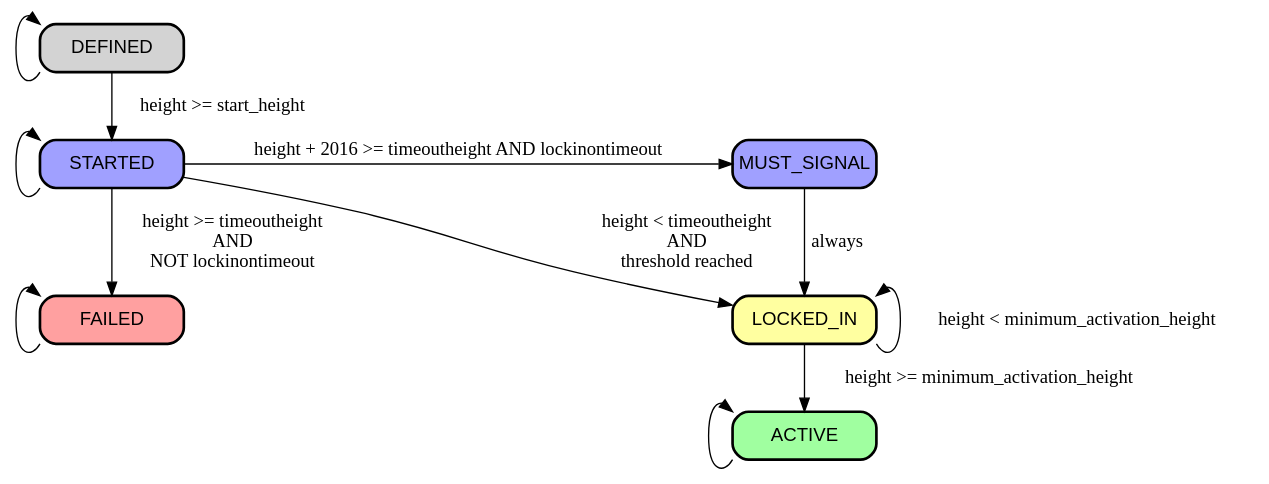
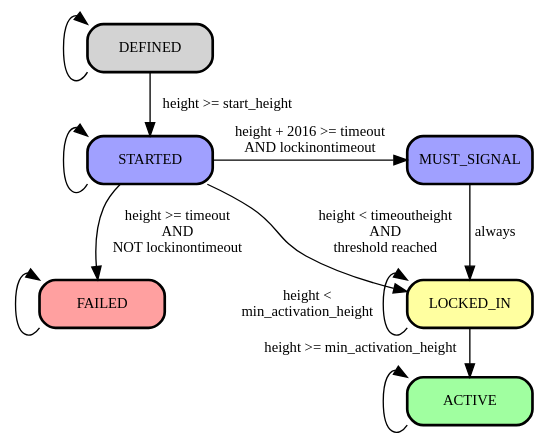
Before and after one commit to Sjors/nado-book: the diagram in taproot/bip8.dot, drawn with Graphviz. The commit also changed 14 other files, not shown here.

```diff
--- a/taproot/bip8.dot
+++ b/taproot/bip8.dot
@@ -1,33 +1,39 @@
 digraph {
   rankdir=TD;
 
-  node [style="rounded,filled,bold", shape=box, fixedsize=true, width=1.5, fontname="Arial"];
+  node [fontname="lmtt", fontsize=11, fixedsize=true, width=1.3, shape=box, style="rounded,filled,bold"];
+
+  edge [fontname="lmtt", fontsize=11];
 
   edge [weight = 100];
-  "DEFINED" -> "STARTED" [label="height >= start_height"];
-  "STARTED" -> "MUST_SIGNAL" [label="height + 2016 >= timeoutheight AND lockinontimeout"];
-  "STARTED" -> "FAILED" [label="height >= timeoutheight\nAND\nNOT lockinontimeout"];
-  "LOCKED_IN" -> "ACTIVE" [label="height >= minimum_activation_height"];
-  "LOCKED_IN":se -> "LOCKED_IN":ne [label="height < minimum_activation_height"];
-  "MUST_SIGNAL" -> "LOCKED_IN" [label="always"];
+  "DEFINED" -> "STARTED" [label=" height >= start_height"];
+  "STARTED" -> "MUST_SIGNAL" [label="height + 2016 >= timeout\nAND lockinontimeout"];
+  "STARTED" -> "FAILED" [label=" height >= timeout\nAND\nNOT lockinontimeout"];
+  "LOCKED_IN" -> "ACTIVE" [
+    headlabel="height >= min_activation_height"
+    labeldistance=8.5
+    labelangle=75
+  ];
+  "MUST_SIGNAL" -> "LOCKED_IN" [label=" always"];
 
   edge [weight = 1];
   "STARTED" -> "LOCKED_IN" [label="height < timeoutheight\nAND\nthreshold reached"];
+  "LOCKED_IN":sw -> "LOCKED_IN":nw [label="height <\nmin_activation_height"];
 
   "FAILED" -> "LOCKED_IN" [style=invis];
 
   "DEFINED":sw -> "DEFINED":nw;
   "STARTED":sw -> "STARTED":nw;
   "ACTIVE":sw -> "ACTIVE":nw;
   "FAILED":sw -> "FAILED":nw;
 
   "STARTED" [fillcolor="#a0a0ff"];
   "MUST_SIGNAL" [fillcolor="#a0a0ff"];
   "LOCKED_IN" [fillcolor="#ffffa0"];
   "ACTIVE" [fillcolor="#a0ffa0"];
   "FAILED" [fillcolor="#ffa0a0"];
 
   { rank=same; "STARTED" "MUST_SIGNAL" }
   { rank=same; "FAILED" "LOCKED_IN" }
   { rank=sink; "ACTIVE" }
 }
```
